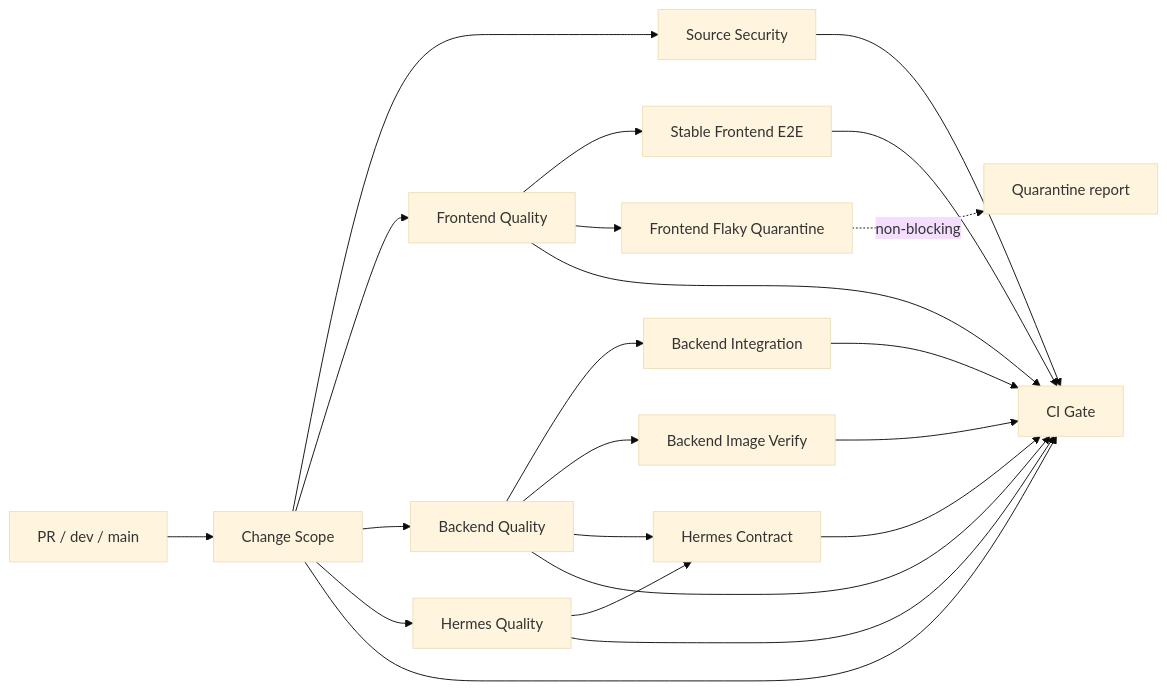
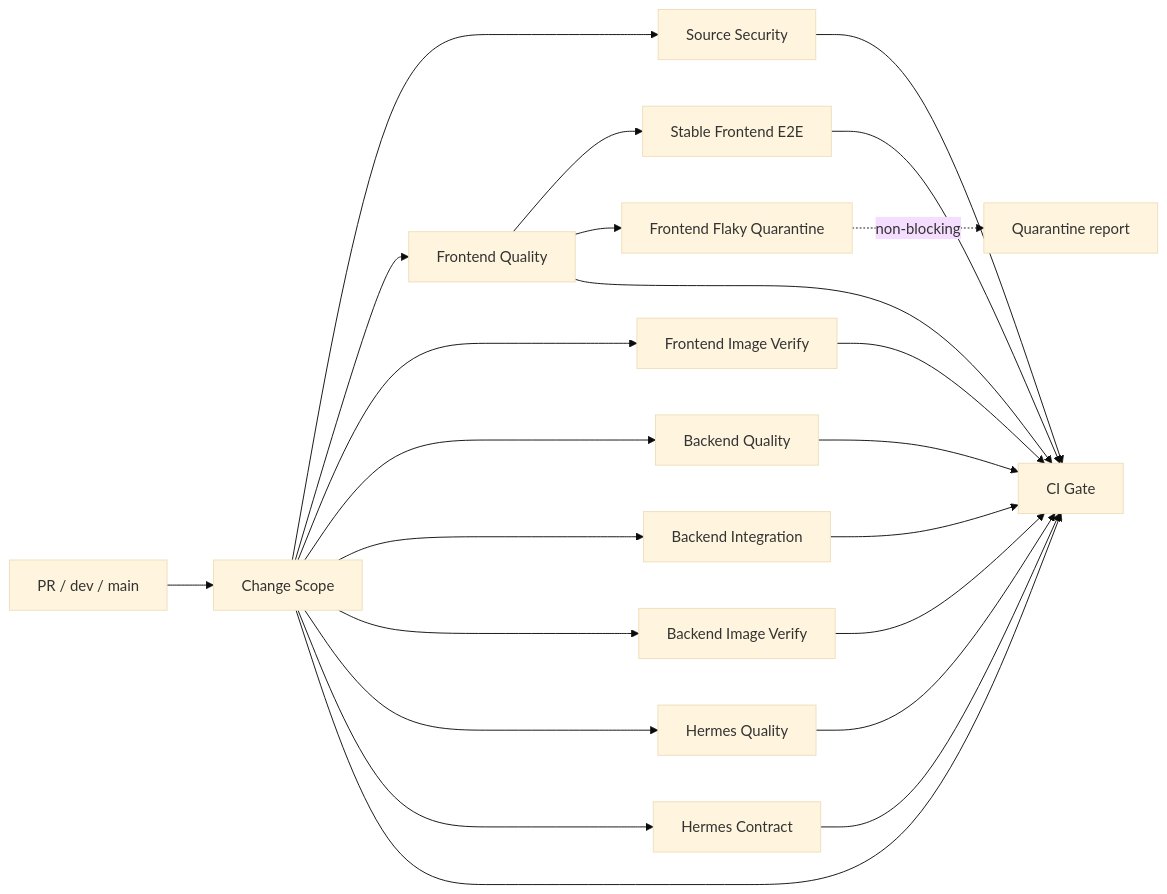
The diagram in .github/CI.md (Livzon-DS-Sector-AI-Innovation/Livzon-NX), drawn with Mermaid (base theme) before and after one commit. The commit also changed other lines of this file and 5 other files, not shown here.

````diff
--- a/.github/CI.md
+++ b/.github/CI.md
@@ -9,24 +9,25 @@
 ```mermaid
 flowchart LR
   trigger["PR / dev / main"] --> scope["Change Scope"]
   scope --> security["Source Security"]
   scope --> frontend["Frontend Quality"]
+  scope --> frontendImage["Frontend Image Verify"]
   frontend --> e2e["Stable Frontend E2E"]
   frontend --> flaky["Frontend Flaky Quarantine"]
   scope --> backend["Backend Quality"]
-  backend --> integration["Backend Integration"]
-  backend --> image["Backend Image Verify"]
+  scope --> integration["Backend Integration"]
+  scope --> image["Backend Image Verify"]
   scope --> hermes["Hermes Quality"]
-  backend --> contract["Hermes Contract"]
-  hermes --> contract
+  scope --> contract["Hermes Contract"]
   scope --> gate["CI Gate"]
   security --> gate
   frontend --> gate
+  frontendImage --> gate
   e2e --> gate
   backend --> gate
   integration --> gate
   image --> gate
   hermes --> gate
   contract --> gate
   flaky -. non-blocking .-> report["Quarantine report"]
 ```
````
